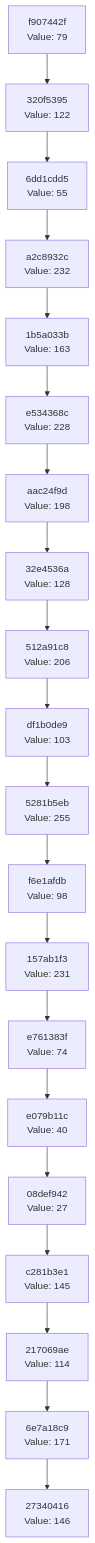
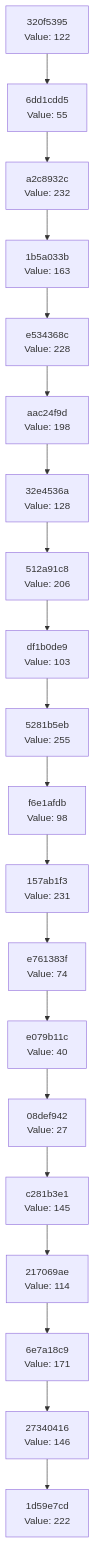
One commit to Abhisheksinha1506/hash-chain-evolver changed the diagram in docs/CHAIN_VISUALIZATION.md. Above: the diagram before and after it, drawn with Mermaid. The commit also changed 2 other files, not shown here.

Commit message:
Evolution Step

````diff
--- a/docs/CHAIN_VISUALIZATION.md
+++ b/docs/CHAIN_VISUALIZATION.md
@@ -3,42 +3,42 @@
 ```mermaid
 graph TD
-    C0["27340416<br/>Value: 146"]
-    C1["6e7a18c9<br/>Value: 171"]
+    C0["1d59e7cd<br/>Value: 222"]
+    C1["27340416<br/>Value: 146"]
     C1 --> C0
-    C2["217069ae<br/>Value: 114"]
+    C2["6e7a18c9<br/>Value: 171"]
     C2 --> C1
-    C3["c281b3e1<br/>Value: 145"]
+    C3["217069ae<br/>Value: 114"]
     C3 --> C2
-    C4["08def942<br/>Value: 27"]
+    C4["c281b3e1<br/>Value: 145"]
     C4 --> C3
-    C5["e079b11c<br/>Value: 40"]
+    C5["08def942<br/>Value: 27"]
     C5 --> C4
-    C6["e761383f<br/>Value: 74"]
+    C6["e079b11c<br/>Value: 40"]
     C6 --> C5
-    C7["157ab1f3<br/>Value: 231"]
+    C7["e761383f<br/>Value: 74"]
     C7 --> C6
-    C8["f6e1afdb<br/>Value: 98"]
+    C8["157ab1f3<br/>Value: 231"]
     C8 --> C7
-    C9["5281b5eb<br/>Value: 255"]
+    C9["f6e1afdb<br/>Value: 98"]
     C9 --> C8
-    C10["df1b0de9<br/>Value: 103"]
+    C10["5281b5eb<br/>Value: 255"]
     C10 --> C9
-    C11["512a91c8<br/>Value: 206"]
+    C11["df1b0de9<br/>Value: 103"]
     C11 --> C10
-    C12["32e4536a<br/>Value: 128"]
+    C12["512a91c8<br/>Value: 206"]
     C12 --> C11
-    C13["aac24f9d<br/>Value: 198"]
+    C13["32e4536a<br/>Value: 128"]
     C13 --> C12
-    C14["e534368c<br/>Value: 228"]
+    C14["aac24f9d<br/>Value: 198"]
     C14 --> C13
-    C15["1b5a033b<br/>Value: 163"]
+    C15["e534368c<br/>Value: 228"]
     C15 --> C14
-    C16["a2c8932c<br/>Value: 232"]
+    C16["1b5a033b<br/>Value: 163"]
     C16 --> C15
-    C17["6dd1cdd5<br/>Value: 55"]
+    C17["a2c8932c<br/>Value: 232"]
     C17 --> C16
-    C18["320f5395<br/>Value: 122"]
+    C18["6dd1cdd5<br/>Value: 55"]
     C18 --> C17
-    C19["f907442f<br/>Value: 79"]
+    C19["320f5395<br/>Value: 122"]
     C19 --> C18
 ```
````
